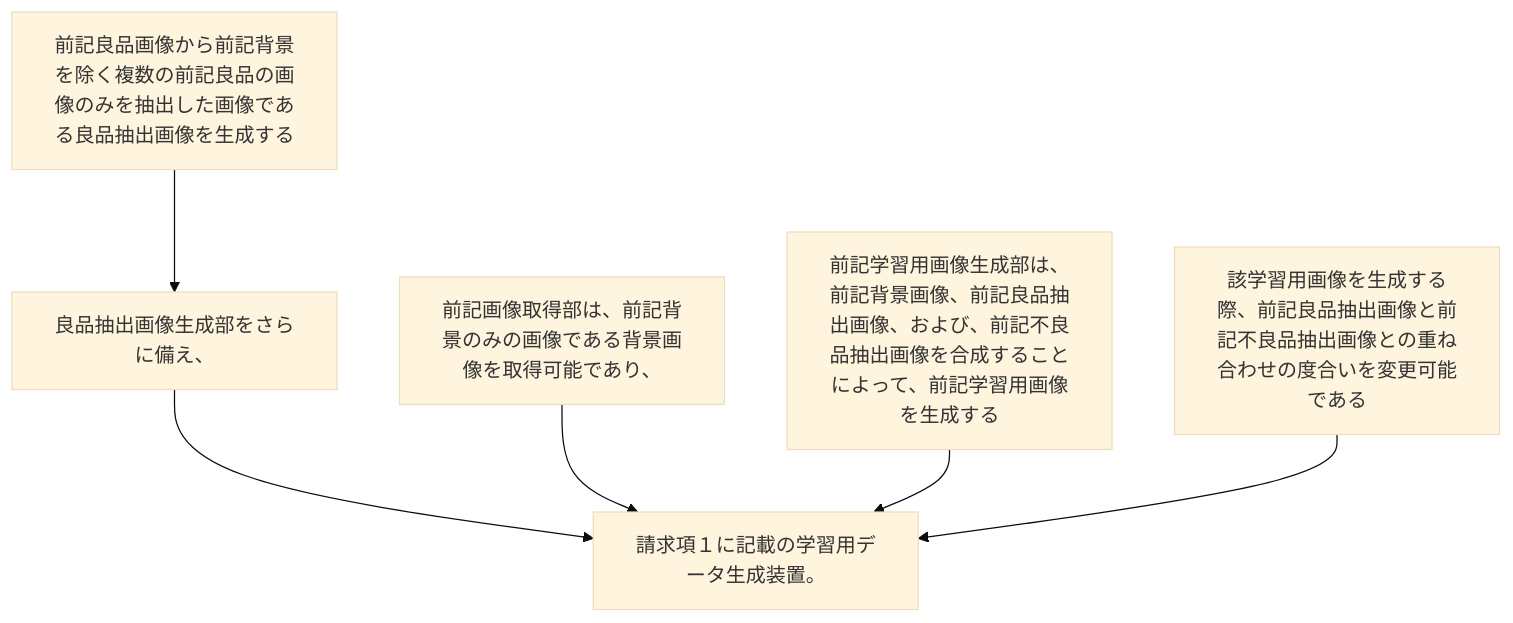
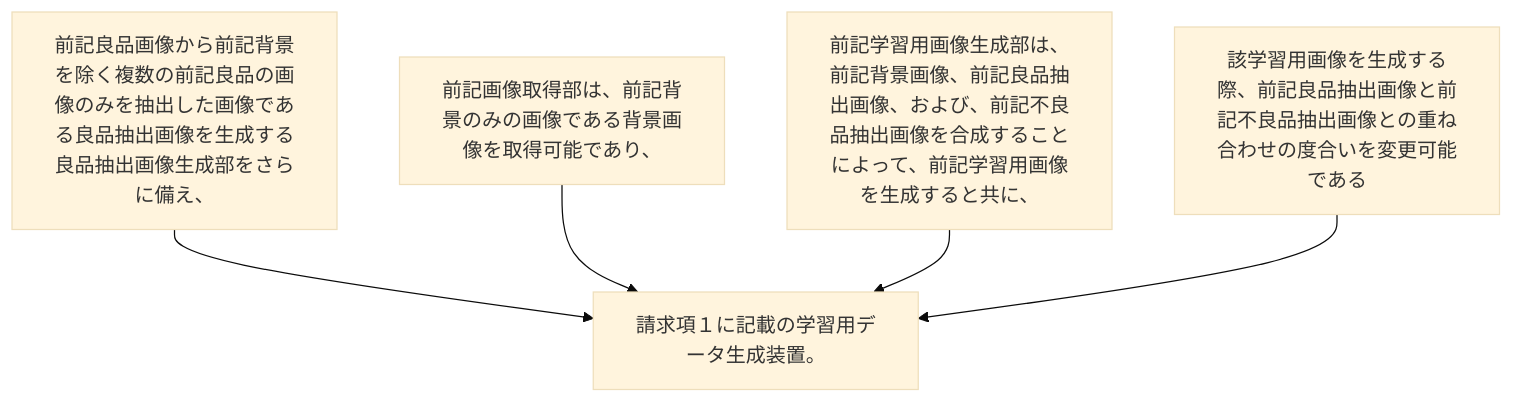
The diagram in 2024/JP2024000284A/claim_3/claim_3_graph.md (shinmori55/patent_analyzed), drawn with Mermaid (base theme) before and after one commit. The commit also changed 15 other files, not shown here.

````diff
--- a/2024/JP2024000284A/claim_3/claim_3_graph.md
+++ b/2024/JP2024000284A/claim_3/claim_3_graph.md
@@ -1,14 +1,12 @@
 ```mermaid
 flowchart TD
-A[前記良品画像から前記背景を除く複数の前記良品の画像のみを抽出した画像である良品抽出画像を生成する]
-B[良品抽出画像生成部をさらに備え、]
-C[前記画像取得部は、前記背景のみの画像である背景画像を取得可能であり、]
-D[前記学習用画像生成部は、前記背景画像、前記良品抽出画像、および、前記不良品抽出画像を合成することによって、前記学習用画像を生成する]
-E[該学習用画像を生成する際、前記良品抽出画像と前記不良品抽出画像との重ね合わせの度合いを変更可能である]
-F[請求項１に記載の学習用データ生成装置。]
-A --> B
-B --> F
-C --> F
-D --> F
-E --> F
+A[前記良品画像から前記背景を除く複数の前記良品の画像のみを抽出した画像である良品抽出画像を生成する良品抽出画像生成部をさらに備え、]
+B[前記画像取得部は、前記背景のみの画像である背景画像を取得可能であり、]
+C[前記学習用画像生成部は、前記背景画像、前記良品抽出画像、および、前記不良品抽出画像を合成することによって、前記学習用画像を生成すると共に、]
+D[該学習用画像を生成する際、前記良品抽出画像と前記不良品抽出画像との重ね合わせの度合いを変更可能である]
+E[請求項１に記載の学習用データ生成装置。]
+A --> E
+B --> E
+C --> E
+D --> E
 ```
````
